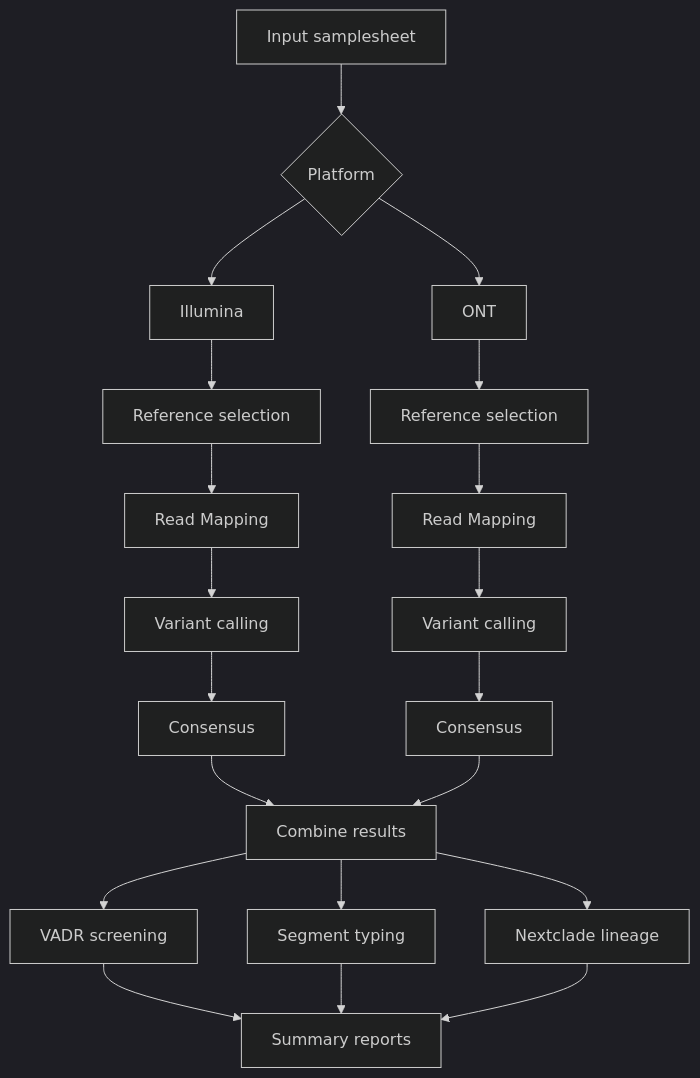
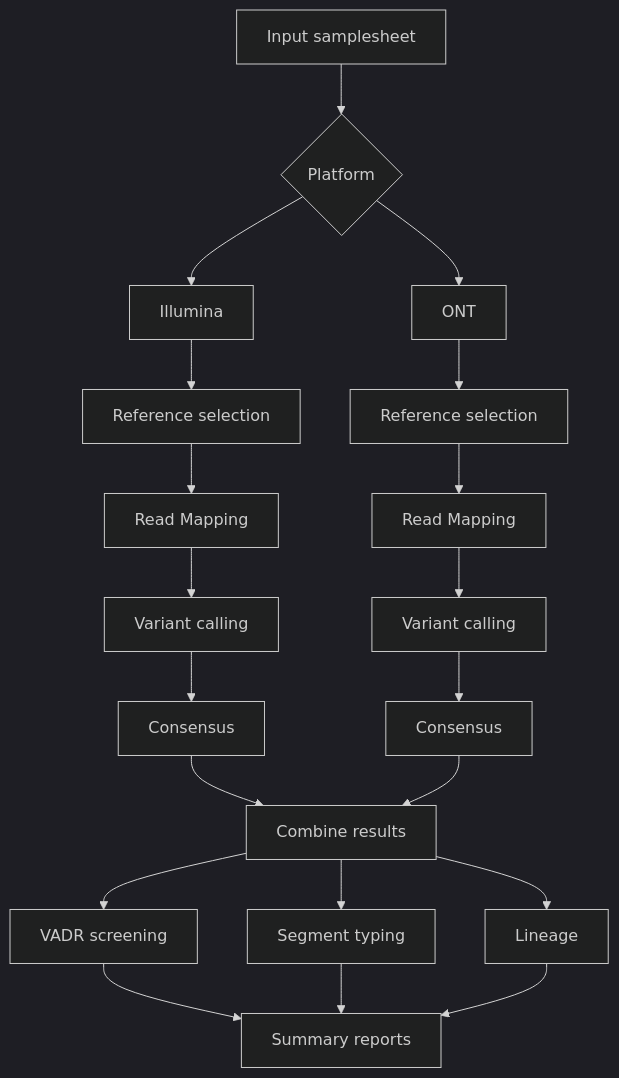
The diagram in README.md (provlab-bioinfo/nf-fluab), drawn with Mermaid (dark theme) before and after one commit.

Commit message:
Update lineage terminology in README

````diff
--- a/README.md
+++ b/README.md
@@ -12,29 +12,29 @@
 ```mermaid
 flowchart TD
     A[Input samplesheet] --> B{Platform}
     B --> C[Illumina]
     B --> D[ONT]
 
     C --> E[Reference selection]
     D --> F[Reference selection]
 
     E --> G[Read Mapping]
     F --> H[Read Mapping]
 
     G --> I[Variant calling]
     H --> J[Variant calling]
 
     I --> K[Consensus]
     J --> L[Consensus]
 
     K --> M[Combine results]
     L --> M
 
     M --> N[VADR screening]
     M --> O[Segment typing]
-    M --> P[Nextclade lineage]
+    M --> P[Lineage]
 
     N --> Q[Summary reports]
     O --> Q
     P --> Q
 ```
````
